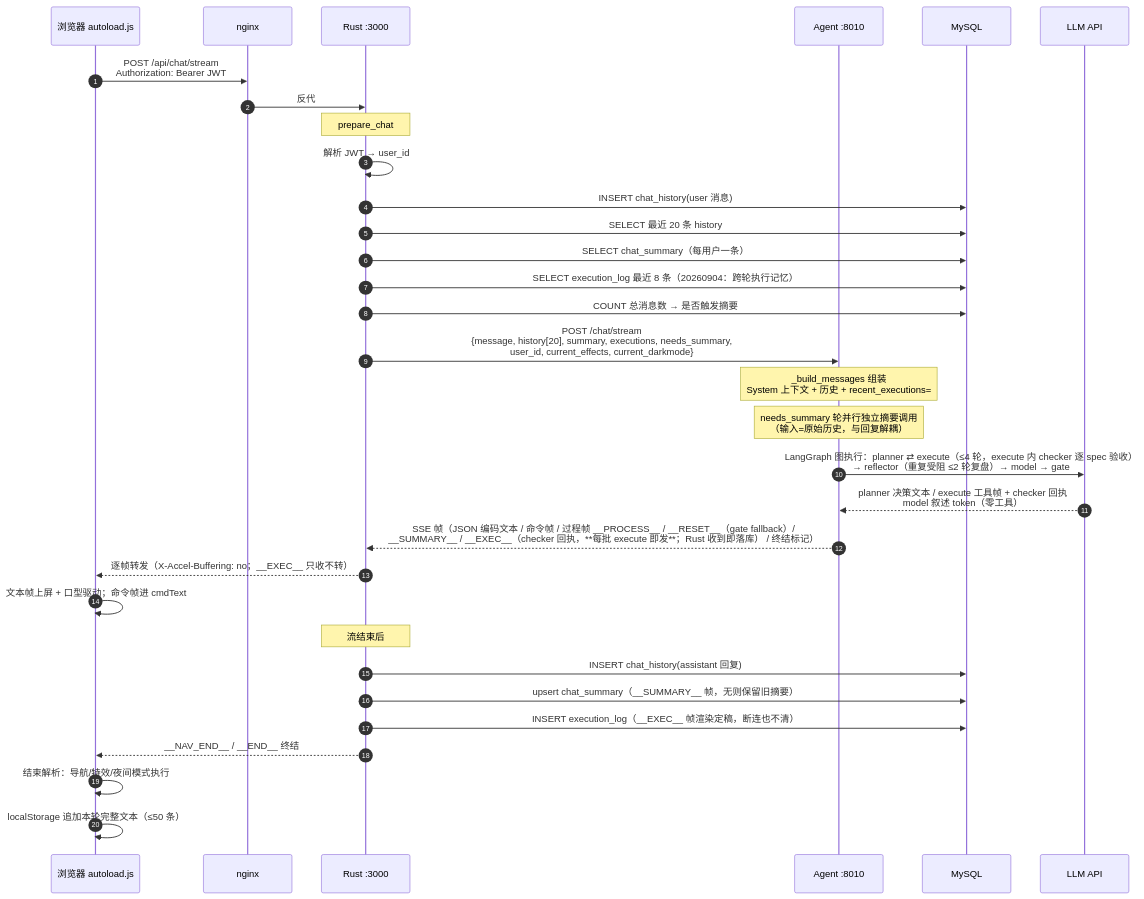
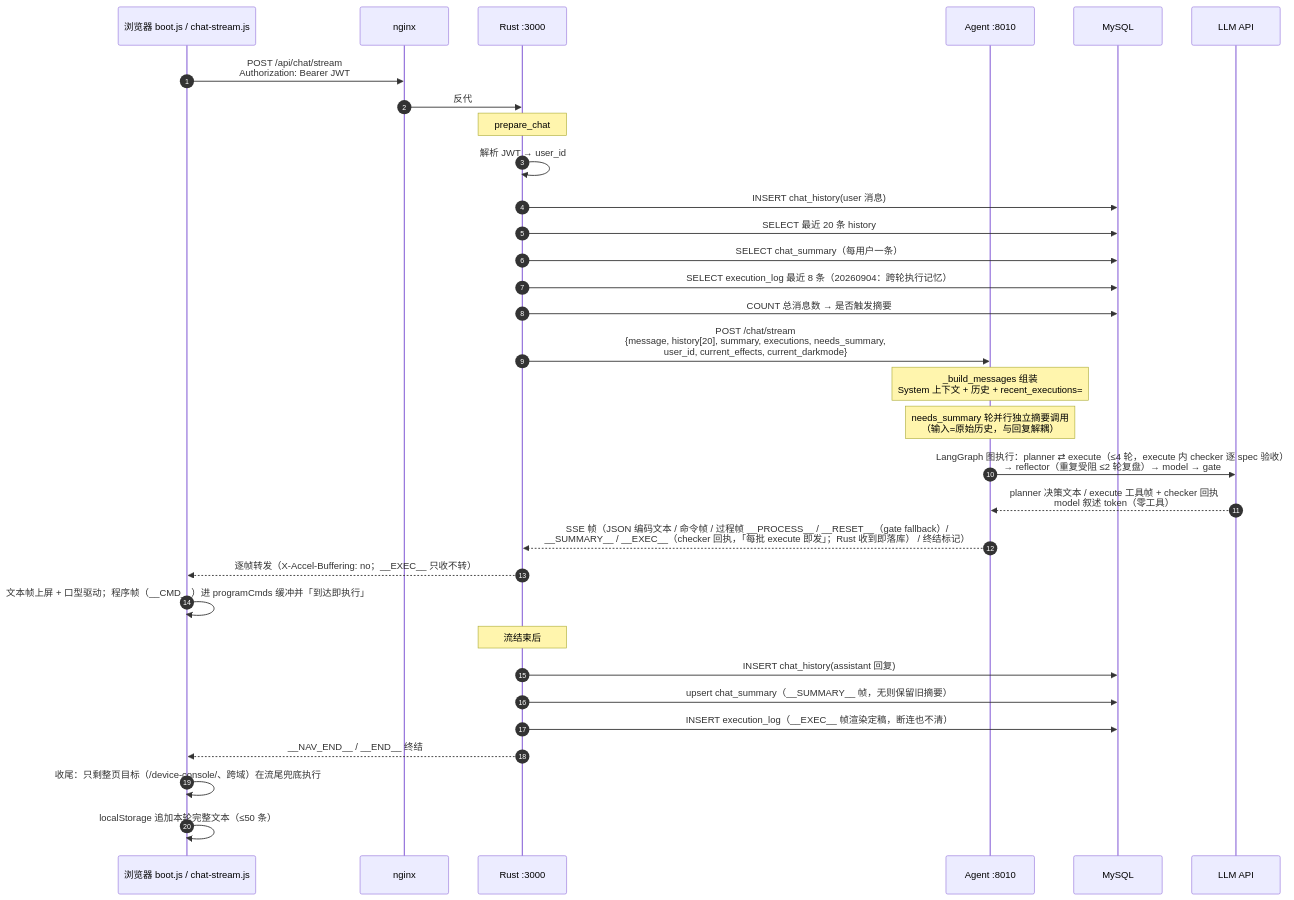
The second of 5 diagrams in docs/agent-architecture.md (BigLeopardCat/saudade-blog-agent), drawn with Mermaid before and after one commit. The commit also changed other lines of this file and 4 other files, not shown here.

First line of the commit message:
docs: 架构图改用 mermaid 并补齐时序图，对齐计数与过时链路

````diff
--- a/docs/agent-architecture.md
+++ b/docs/agent-architecture.md
@@ -202,35 +208,35 @@
 ```mermaid
 sequenceDiagram
     autonumber
-    participant B as 浏览器 autoload.js
+    participant B as 浏览器 boot.js / chat-stream.js
     participant N as nginx
     participant R as Rust :3000
     participant A as Agent :8010
     participant DB as MySQL
     participant L as LLM API
 
     B->>N: POST /api/chat/stream<br/>Authorization: Bearer JWT
     N->>R: 反代
     Note over R: prepare_chat
     R->>R: 解析 JWT → user_id
     R->>DB: INSERT chat_history(user 消息)
     R->>DB: SELECT 最近 20 条 history
     R->>DB: SELECT chat_summary（每用户一条）
     R->>DB: SELECT execution_log 最近 8 条（20260904：跨轮执行记忆）
     R->>DB: COUNT 总消息数 → 是否触发摘要
     R->>A: POST /chat/stream<br/>{message, history[20], summary, executions, needs_summary,<br/>user_id, current_effects, current_darkmode}
     Note over A: _build_messages 组装<br/>System 上下文 + 历史 + recent_executions=
     Note over A: needs_summary 轮并行独立摘要调用<br/>（输入=原始历史，与回复解耦）
     A->>L: LangGraph 图执行：planner ⇄ execute（≤4 轮，execute 内 checker 逐 spec 验收）<br/>→ reflector（重复受阻 ≤2 轮复盘）→ model → gate
     L-->>A: planner 决策文本 / execute 工具帧 + checker 回执<br/>model 叙述 token（零工具）
-    A-->>R: SSE 帧（JSON 编码文本 / 命令帧 / 过程帧 __PROCESS__ / __RESET__（gate fallback）/<br/>__SUMMARY__ / __EXEC__（checker 回执，**每批 execute 即发**；Rust 收到即落库） / 终结标记）
+    A-->>R: SSE 帧（JSON 编码文本 / 命令帧 / 过程帧 __PROCESS__ / __RESET__（gate fallback）/<br/>__SUMMARY__ / __EXEC__（checker 回执，「每批 execute 即发」；Rust 收到即落库） / 终结标记）
     R-->>B: 逐帧转发（X-Accel-Buffering: no；__EXEC__ 只收不转）
-    B->>B: 文本帧上屏 + 口型驱动；命令帧进 cmdText
+    B->>B: 文本帧上屏 + 口型驱动；程序帧（__CMD__）进 programCmds 缓冲并「到达即执行」
     Note over R: 流结束后
     R->>DB: INSERT chat_history(assistant 回复)
     R->>DB: upsert chat_summary（__SUMMARY__ 帧，无则保留旧摘要）
     R->>DB: INSERT execution_log（__EXEC__ 帧渲染定稿，断连也不清）
     R-->>B: __NAV_END__ / __END__ 终结
-    B->>B: 结束解析：导航/特效/夜间模式执行
+    B->>B: 收尾：只剩整页目标（/device-console/、跨域）在流尾兜底执行
     B->>B: localStorage 追加本轮完整文本（≤50 条）
 ```
````
